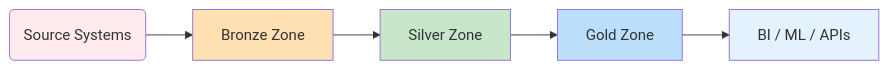
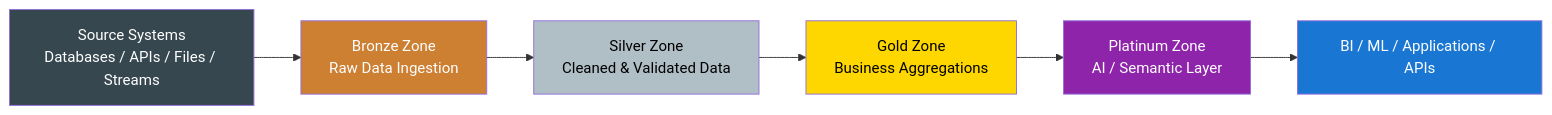
One commit to tinitiateprime/tinitiate-data-engineering changed the first of 2 diagrams in medallion-architecture.md. Above: the diagram before and after it, drawn with Mermaid. The commit also changed other lines of this file and 2 other files, not shown here.

````diff
--- a/medallion-architecture.md
+++ b/medallion-architecture.md
@@ -41,12 +138,15 @@
 ```mermaid
 flowchart LR
-    A(Source Systems) --> B[Bronze Zone]
-    B --> C[Silver Zone]
-    C --> D[Gold Zone]
-    D --> E[BI / ML / APIs]
-    style A fill:#ffebee
-    style B fill:#ffe0b2
-    style C fill:#c8e6c9
-    style D fill:#bbdefb
-    style E fill:#e3f2fd
+    A[Source Systems<br>Databases / APIs / Files / Streams] --> B[Bronze Zone<br>Raw Data Ingestion]
+    B --> C[Silver Zone<br>Cleaned & Validated Data]
+    C --> D[Gold Zone<br>Business Aggregations]
+    D --> E[Platinum Zone<br>AI / Semantic Layer]
+    E --> F[BI / ML / Applications / APIs]
+
+    style A fill:#37474F,color:#ffffff
+    style B fill:#CD7F32,color:#ffffff
+    style C fill:#B0BEC5,color:#000000
+    style D fill:#FFD700,color:#000000
+    style E fill:#8E24AA,color:#ffffff
+    style F fill:#1976D2,color:#ffffff
 ``` 
````
